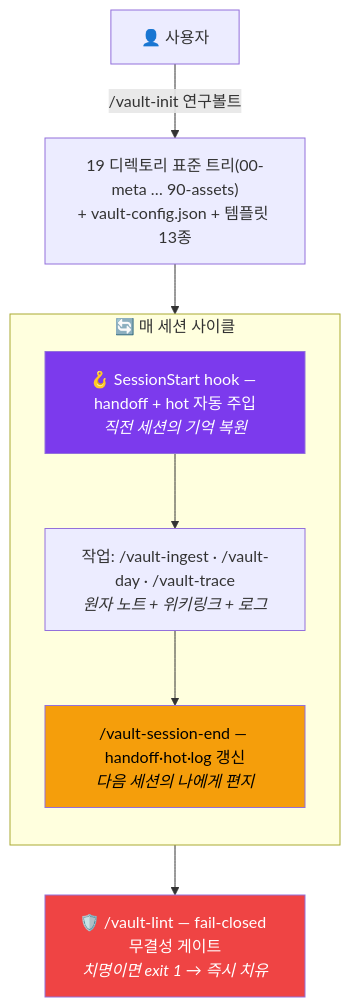
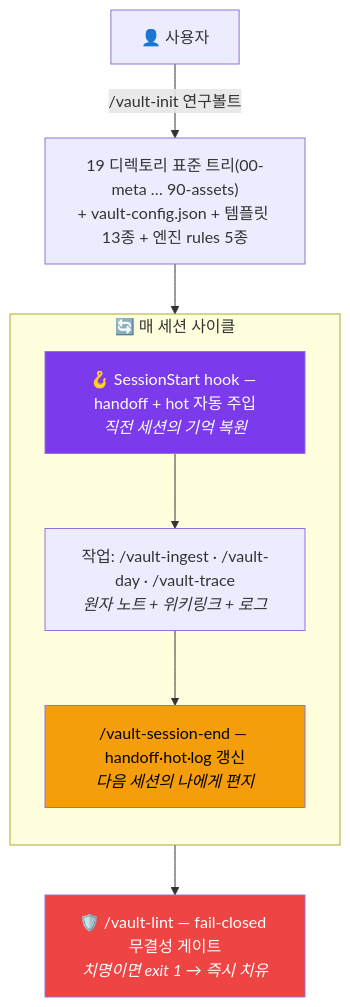
Before and after one commit to Technoetic/agentic-vault: the first of 5 diagrams in README.md, drawn with Mermaid. The commit also changed other lines of this file, not shown here.

Commit message:
docs: 템플릿 개수 표기에 엔진 rules 5종 반영 (배지·다이어그램 2곳·English summary)

````diff
--- a/README.md
+++ b/README.md
@@ -38,17 +38,17 @@
 ```mermaid
 flowchart TB
-    U["👤 사용자"] -- "/vault-init 연구볼트" --> T["19 디렉토리 표준 트리(00-meta … 90-assets)<br/>+ vault-config.json + 템플릿 13종"]
+    U["👤 사용자"] -- "/vault-init 연구볼트" --> T["19 디렉토리 표준 트리(00-meta … 90-assets)<br/>+ vault-config.json + 템플릿 13종 + 엔진 rules 5종"]
     subgraph CYCLE["🔄 매 세션 사이클"]
         direction TB
         H["🪝 SessionStart hook — handoff + hot 자동 주입<br/><i>직전 세션의 기억 복원</i>"]
         W["작업: /vault-ingest · /vault-day · /vault-trace<br/><i>원자 노트 + 위키링크 + 로그</i>"]
         E["/vault-session-end — handoff·hot·log 갱신<br/><i>다음 세션의 나에게 편지</i>"]
         H --> W --> E
     end
     T --> CYCLE
     CYCLE --> L["🛡️ /vault-lint — fail-closed 무결성 게이트<br/><i>치명이면 exit 1 → 즉시 치유</i>"]
 
     style H fill:#7C3AED,color:#fff
     style E fill:#F59E0B,color:#000
     style L fill:#EF4444,color:#fff
 ```
````
